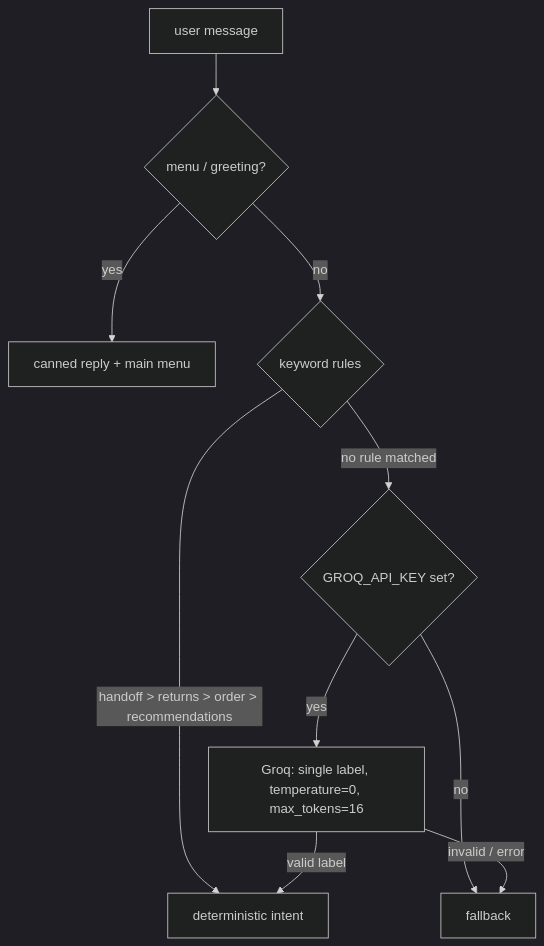
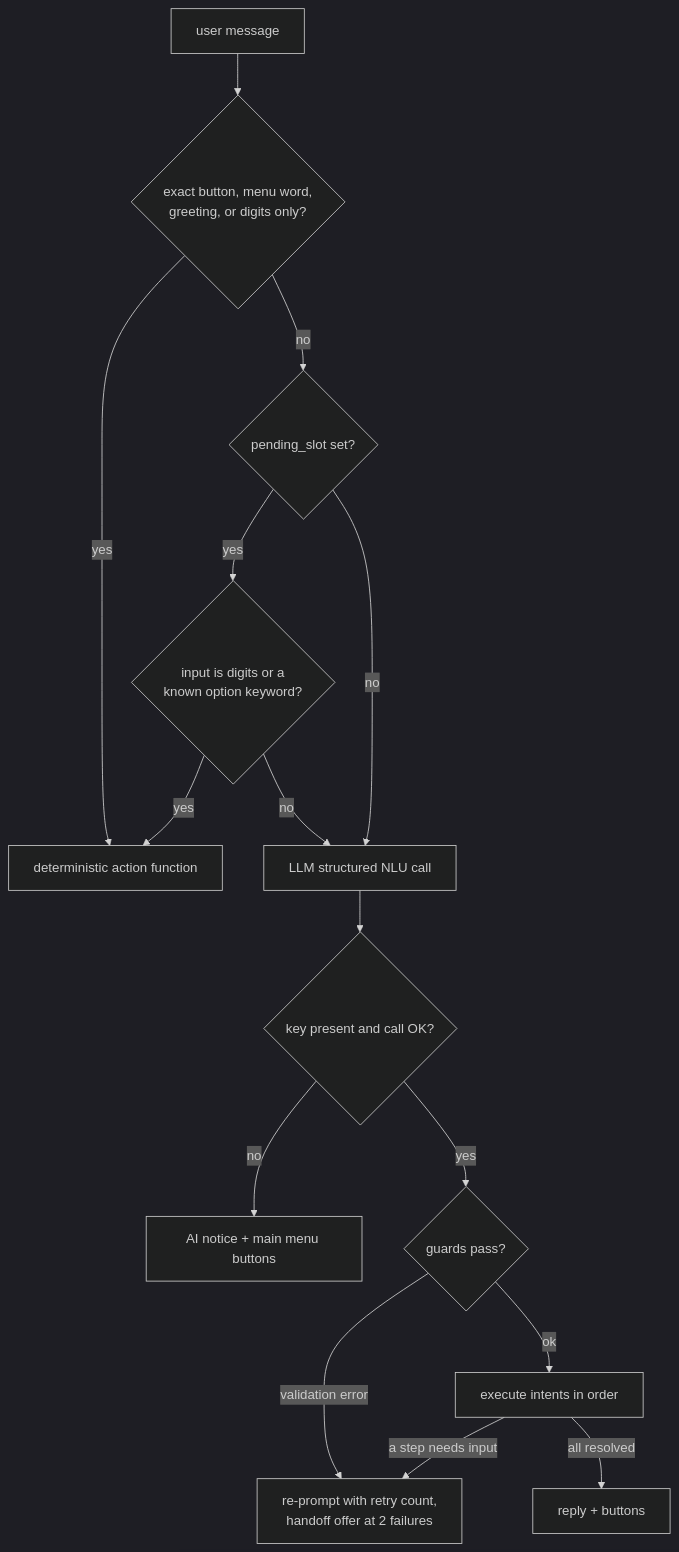
Before and after one commit to pkbros/cutomerBot2: the fourth of 9 diagrams in architecture.md, drawn with Mermaid (dark theme). The commit also changed other lines of this file and 19 other files, not shown here.

````diff
--- a/architecture.md
+++ b/architecture.md
@@ -210,12 +141,17 @@
 ```mermaid
 flowchart TD
-    A[user message] --> B{menu / greeting?}
-    B -- yes --> M[canned reply + main menu]
-    B -- no --> C{keyword rules}
-    C -- handoff > returns > order > recommendations --> I[deterministic intent]
-    C -- no rule matched --> D{GROQ_API_KEY set?}
-    D -- no --> FB[fallback]
-    D -- yes --> E[Groq: single label, temperature=0, max_tokens=16]
-    E -- valid label --> I
-    E -- invalid / error --> FB
+    A[user message] --> B{exact button, menu word,<br/>greeting, or digits only?}
+    B -- yes --> C[deterministic action function]
+    B -- no --> D{pending_slot set?}
+    D -- yes --> E{input is digits or a<br/>known option keyword?}
+    E -- yes --> C
+    E -- no --> F[LLM structured NLU call]
+    D -- no --> F
+    F --> G{key present and call OK?}
+    G -- no --> K[AI notice + main menu buttons]
+    G -- yes --> H{guards pass?}
+    H -- validation error --> I[re-prompt with retry count,<br/>handoff offer at 2 failures]
+    H -- ok --> J[execute intents in order]
+    J -- a step needs input --> I
+    J -- all resolved --> L[reply + buttons]
 ```
````
